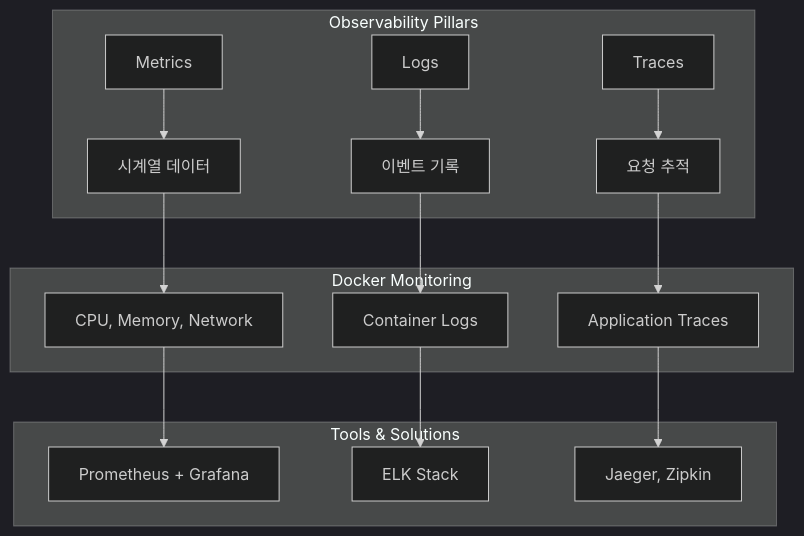
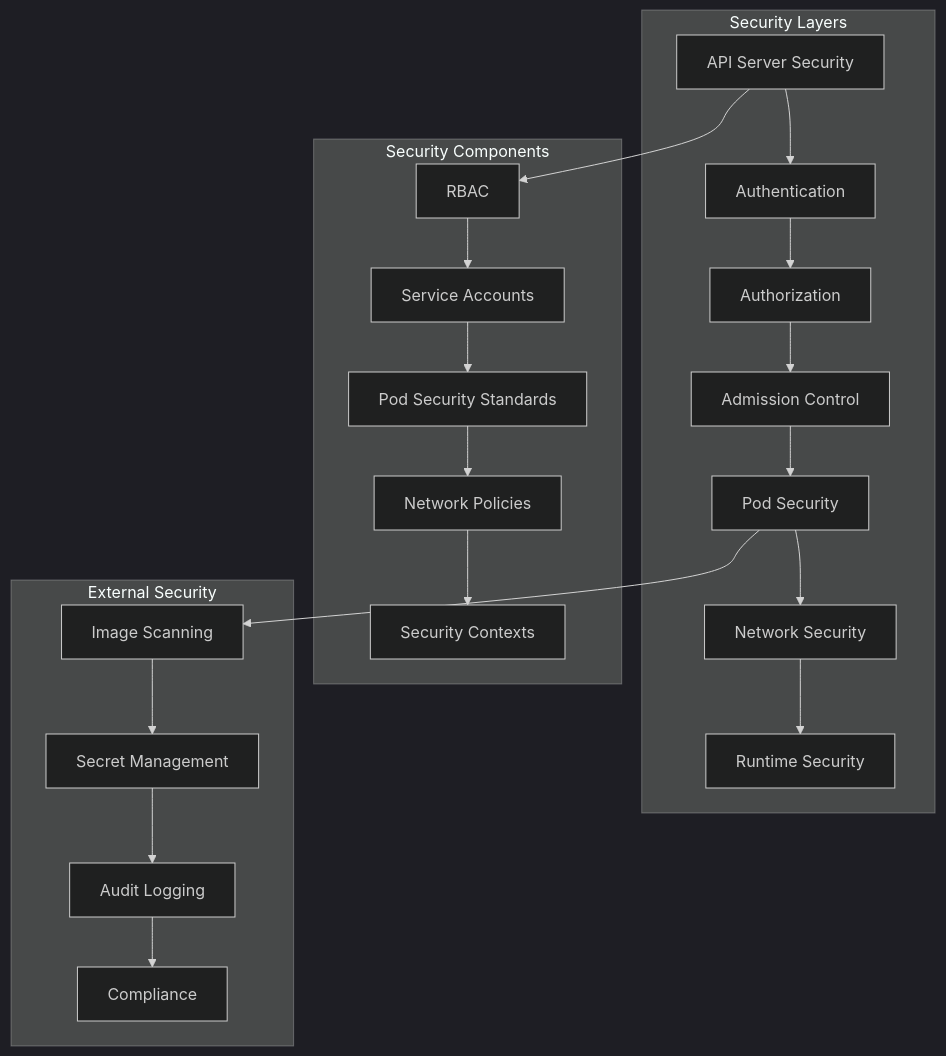
Before and after one commit to niceguy61/kdt_devops_lecture_2025: the diagram in week_02/day_03/session_07.md, drawn with Mermaid (dark theme). The commit also changed other lines of this file and 41 other files, not shown here.

````diff
--- a/week_02/day_03/session_07.md
+++ b/week_02/day_03/session_07.md
@@ -15,20 +15,27 @@
 ```mermaid
 graph TB
-    subgraph "Observability Pillars"
-        A[Metrics] --> D[시계열 데이터]
-        B[Logs] --> E[이벤트 기록]
-        C[Traces] --> F[요청 추적]
+    subgraph "Security Layers"
+        A[API Server Security] --> B[Authentication]
+        B --> C[Authorization]
+        C --> D[Admission Control]
+        D --> E[Pod Security]
+        E --> F[Network Security]
+        F --> G[Runtime Security]
     end
     
-    subgraph "Docker Monitoring"
-        D --> G[CPU, Memory, Network]
-        E --> H[Container Logs]
-        F --> I[Application Traces]
+    subgraph "Security Components"
+        H[RBAC] --> I[Service Accounts]
+        I --> J[Pod Security Standards]
+        J --> K[Network Policies]
+        K --> L[Security Contexts]
     end
     
-    subgraph "Tools & Solutions"
-        G --> J[Prometheus + Grafana]
-        H --> K[ELK Stack]
-        I --> L[Jaeger, Zipkin]
+    subgraph "External Security"
+        M[Image Scanning] --> N[Secret Management]
+        N --> O[Audit Logging]
+        O --> P[Compliance]
     end
+    
+    A --> H
+    E --> M
 ```
````
